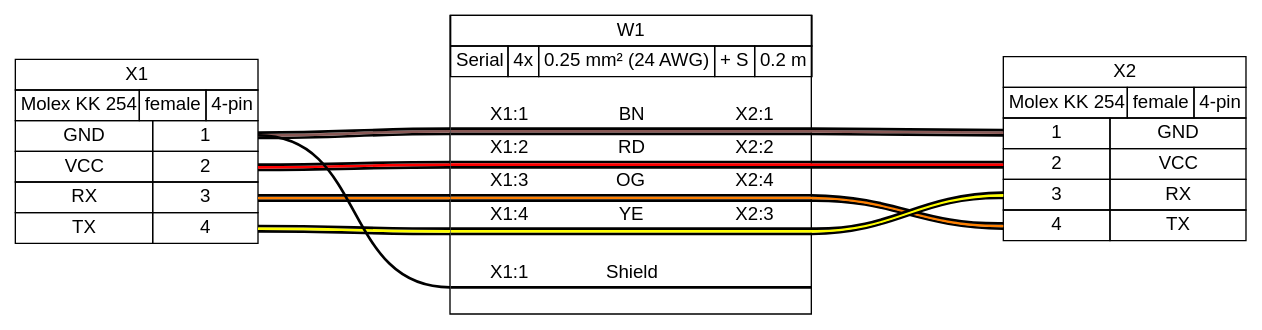
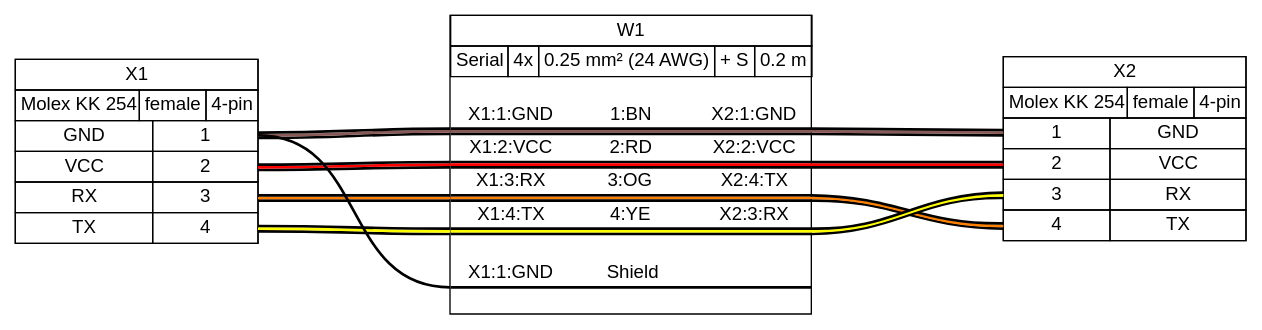
One commit to wireviz/WireViz changed the diagram in examples/ex01.gv. Above: the diagram before and after it, drawn with Graphviz. The commit also changed 100 other files, not shown here.

```diff
--- a/examples/ex01.gv
+++ b/examples/ex01.gv
@@ -1,180 +1,188 @@
 graph {
-// Graph generated by WireViz 0.2
+// Graph generated by WireViz 0.3
 // https://github.com/formatc1702/WireViz
-	graph [bgcolor=white fontname=arial nodesep=0.33 rankdir=LR ranksep=2]
-	node [fillcolor=white fontname=arial shape=record style=filled]
+	graph [bgcolor="#FFFFFF" fontname=arial nodesep=0.33 rankdir=LR ranksep=2]
+	node [fillcolor="#FFFFFF" fontname=arial height=0 margin=0 shape=none style=filled width=0]
 	edge [fontname=arial style=bold]
 	X1 [label=<
 <table border="0" cellspacing="0" cellpadding="0">
  <tr><td>
   <table border="0" cellspacing="0" cellpadding="3" cellborder="1"><tr>
    <td balign="left">X1</td>
   </tr></table>
  </td></tr>
  <tr><td>
   <table border="0" cellspacing="0" cellpadding="3" cellborder="1"><tr>
    <td balign="left">Molex KK 254</td>
    <td balign="left">female</td>
    <td balign="left">4-pin</td>
   </tr></table>
  </td></tr>
  <tr><td>
   <table border="0" cellspacing="0" cellpadding="3" cellborder="1">
    <tr>
     <td>GND</td>
     <td port="p1r">1</td>
    </tr>
    <tr>
     <td>VCC</td>
     <td port="p2r">2</td>
    </tr>
    <tr>
     <td>RX</td>
     <td port="p3r">3</td>
    </tr>
    <tr>
     <td>TX</td>
     <td port="p4r">4</td>
    </tr>
   </table>
  </td></tr>
 </table>
-> fillcolor=white margin=0 shape=none style=filled]
+> fillcolor="#FFFFFF" shape=box style=filled]
 	X2 [label=<
 <table border="0" cellspacing="0" cellpadding="0">
  <tr><td>
   <table border="0" cellspacing="0" cellpadding="3" cellborder="1"><tr>
    <td balign="left">X2</td>
   </tr></table>
  </td></tr>
  <tr><td>
   <table border="0" cellspacing="0" cellpadding="3" cellborder="1"><tr>
    <td balign="left">Molex KK 254</td>
    <td balign="left">female</td>
    <td balign="left">4-pin</td>
   </tr></table>
  </td></tr>
  <tr><td>
   <table border="0" cellspacing="0" cellpadding="3" cellborder="1">
    <tr>
     <td port="p1l">1</td>
     <td>GND</td>
    </tr>
    <tr>
     <td port="p2l">2</td>
     <td>VCC</td>
    </tr>
    <tr>
     <td port="p3l">3</td>
     <td>RX</td>
    </tr>
    <tr>
     <td port="p4l">4</td>
     <td>TX</td>
    </tr>
   </table>
  </td></tr>
 </table>
-> fillcolor=white margin=0 shape=none style=filled]
+> fillcolor="#FFFFFF" shape=box style=filled]
 	edge [color="#000000:#895956:#000000"]
 	X1:p1r:e -- W1:w1:w
 	W1:w1:e -- X2:p1l:w
 	edge [color="#000000:#ff0000:#000000"]
 	X1:p2r:e -- W1:w2:w
 	W1:w2:e -- X2:p2l:w
 	edge [color="#000000:#ff8000:#000000"]
 	X1:p3r:e -- W1:w3:w
 	W1:w3:e -- X2:p4l:w
 	edge [color="#000000:#ffff00:#000000"]
 	X1:p4r:e -- W1:w4:w
 	W1:w4:e -- X2:p3l:w
 	edge [color="#000000"]
 	X1:p1r:e -- W1:ws:w
 	W1 [label=<
 <table border="0" cellspacing="0" cellpadding="0">
  <tr><td>
   <table border="0" cellspacing="0" cellpadding="3" cellborder="1"><tr>
    <td balign="left">W1</td>
   </tr></table>
  </td></tr>
  <tr><td>
   <table border="0" cellspacing="0" cellpadding="3" cellborder="1"><tr>
    <td balign="left">Serial</td>
    <td balign="left">4x</td>
    <td balign="left">0.25 mm² (24 AWG)</td>
    <td balign="left">+ S</td>
    <td balign="left">0.2 m</td>
   </tr></table>
  </td></tr>
  <tr><td>
   <table border="0" cellspacing="0" cellborder="0">
    <tr><td>&nbsp;</td></tr>
    <tr>
-    <td>X1:1</td>
-    <td>BN</td>
-    <td>X2:1</td>
+    <td>X1:1:GND</td>
+    <td>
+     1:BN
+    </td>
+    <td>X2:1:GND</td>
    </tr>
    <tr>
     <td colspan="3" border="0" cellspacing="0" cellpadding="0" port="w1" height="6">
      <table cellspacing="0" cellborder="0" border="0">
       <tr><td colspan="3" cellpadding="0" height="2" bgcolor="#000000" border="0"></td></tr>
       <tr><td colspan="3" cellpadding="0" height="2" bgcolor="#895956" border="0"></td></tr>
       <tr><td colspan="3" cellpadding="0" height="2" bgcolor="#000000" border="0"></td></tr>
      </table>
     </td>
    </tr>
    <tr>
-    <td>X1:2</td>
-    <td>RD</td>
-    <td>X2:2</td>
+    <td>X1:2:VCC</td>
+    <td>
+     2:RD
+    </td>
+    <td>X2:2:VCC</td>
    </tr>
    <tr>
     <td colspan="3" border="0" cellspacing="0" cellpadding="0" port="w2" height="6">
      <table cellspacing="0" cellborder="0" border="0">
       <tr><td colspan="3" cellpadding="0" height="2" bgcolor="#000000" border="0"></td></tr>
       <tr><td colspan="3" cellpadding="0" height="2" bgcolor="#ff0000" border="0"></td></tr>
       <tr><td colspan="3" cellpadding="0" height="2" bgcolor="#000000" border="0"></td></tr>
      </table>
     </td>
    </tr>
    <tr>
-    <td>X1:3</td>
-    <td>OG</td>
-    <td>X2:4</td>
+    <td>X1:3:RX</td>
+    <td>
+     3:OG
+    </td>
+    <td>X2:4:TX</td>
    </tr>
    <tr>
     <td colspan="3" border="0" cellspacing="0" cellpadding="0" port="w3" height="6">
      <table cellspacing="0" cellborder="0" border="0">
       <tr><td colspan="3" cellpadding="0" height="2" bgcolor="#000000" border="0"></td></tr>
       <tr><td colspan="3" cellpadding="0" height="2" bgcolor="#ff8000" border="0"></td></tr>
       <tr><td colspan="3" cellpadding="0" height="2" bgcolor="#000000" border="0"></td></tr>
      </table>
     </td>
    </tr>
    <tr>
-    <td>X1:4</td>
-    <td>YE</td>
-    <td>X2:3</td>
+    <td>X1:4:TX</td>
+    <td>
+     4:YE
+    </td>
+    <td>X2:3:RX</td>
    </tr>
    <tr>
     <td colspan="3" border="0" cellspacing="0" cellpadding="0" port="w4" height="6">
      <table cellspacing="0" cellborder="0" border="0">
       <tr><td colspan="3" cellpadding="0" height="2" bgcolor="#000000" border="0"></td></tr>
       <tr><td colspan="3" cellpadding="0" height="2" bgcolor="#ffff00" border="0"></td></tr>
       <tr><td colspan="3" cellpadding="0" height="2" bgcolor="#000000" border="0"></td></tr>
      </table>
     </td>
    </tr>
    <tr><td>&nbsp;</td></tr>
    <tr>
-    <td>X1:1</td>
+    <td>X1:1:GND</td>
     <td>Shield</td>
     <td><!-- s_out --></td>
    </tr>
    <tr><td colspan="3" cellpadding="0" height="2" bgcolor="#000000" border="0" port="ws"></td></tr>
    <tr><td>&nbsp;</td></tr>
   </table>
  </td></tr>
 </table>
-> fillcolor=white margin=0 shape=box style=""]
+> fillcolor="#FFFFFF" shape=box style=filled]
 }
```
